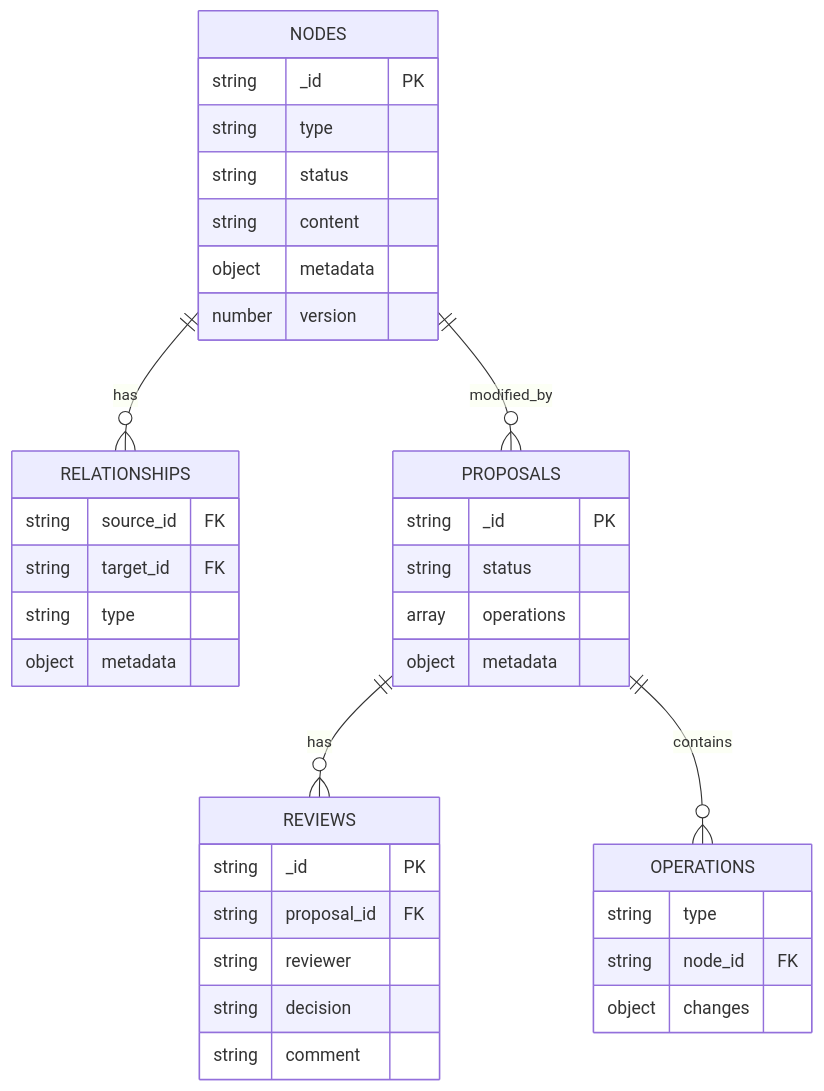
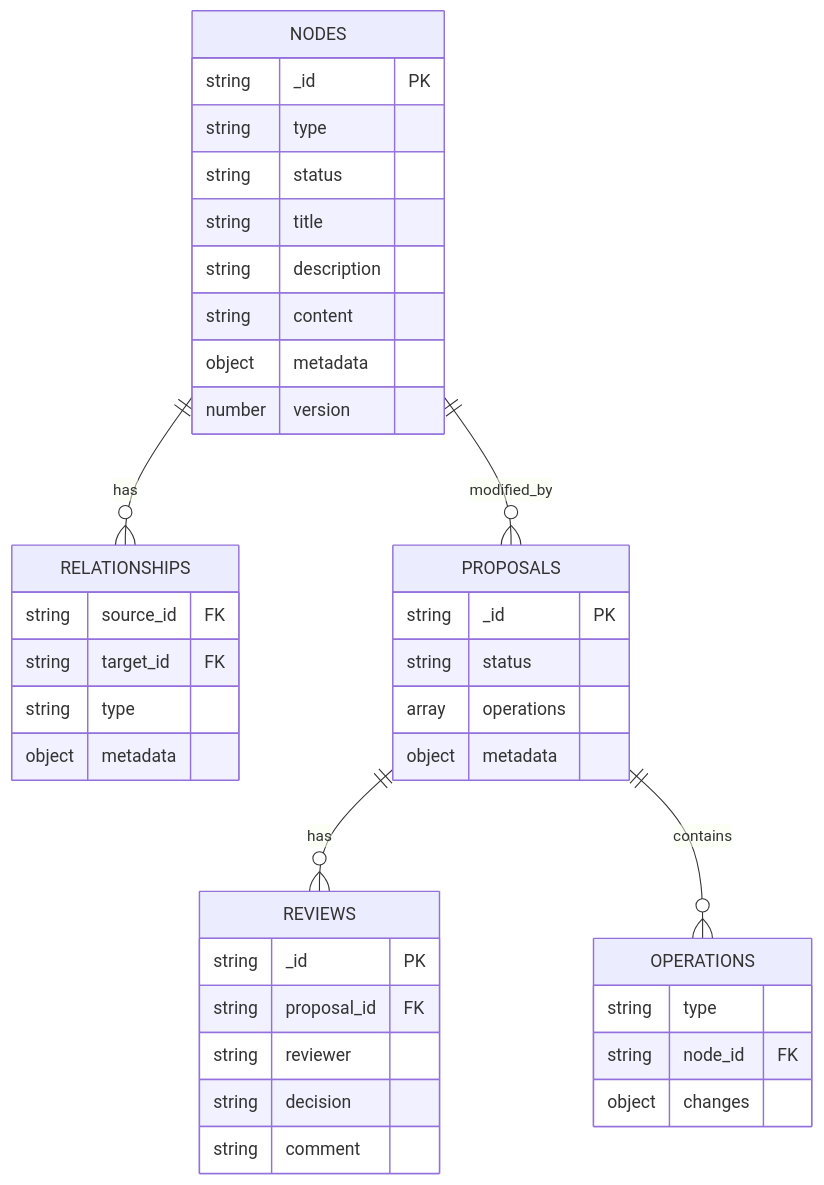
One commit to whact2025/context-first-docs changed the third of 5 diagrams in docs/STORAGE_ARCHITECTURE.md. Above: the diagram before and after it, drawn with Mermaid. The commit also changed other lines of this file and 27 other files, not shown here.

````diff
--- a/docs/STORAGE_ARCHITECTURE.md
+++ b/docs/STORAGE_ARCHITECTURE.md
@@ -286,44 +300,46 @@
 ```mermaid
 erDiagram
     NODES ||--o{ RELATIONSHIPS : "has"
     NODES ||--o{ PROPOSALS : "modified_by"
     PROPOSALS ||--o{ REVIEWS : "has"
     PROPOSALS ||--o{ OPERATIONS : "contains"
     
     NODES {
         string _id PK
         string type
         string status
+        string title
+        string description
         string content
         object metadata
         number version
     }
     
     RELATIONSHIPS {
         string source_id FK
         string target_id FK
         string type
         object metadata
     }
     
     PROPOSALS {
         string _id PK
         string status
         array operations
         object metadata
     }
     
     OPERATIONS {
         string type
         string node_id FK
         object changes
     }
     
     REVIEWS {
         string _id PK
         string proposal_id FK
         string reviewer
         string decision
         string comment
     }
 ```
````
